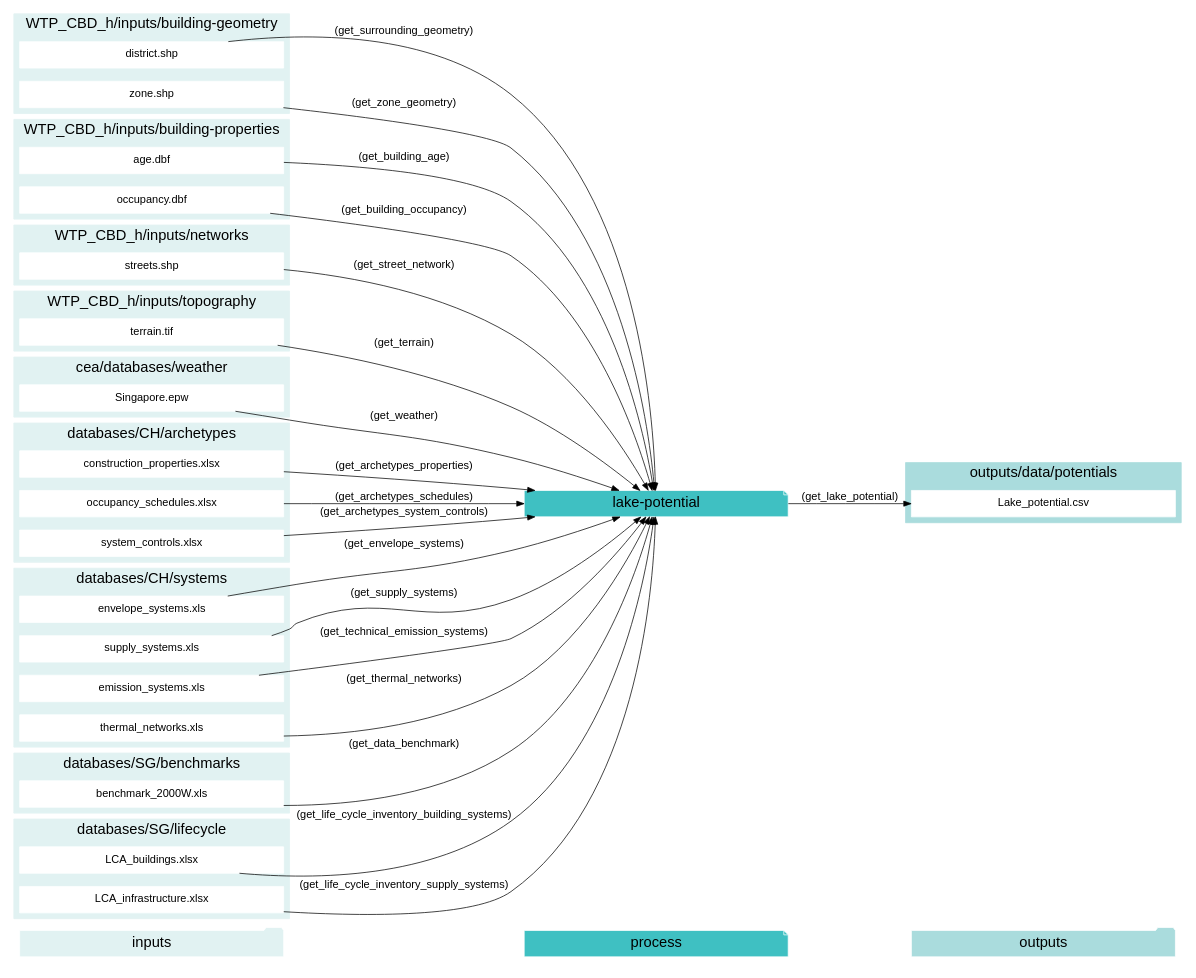
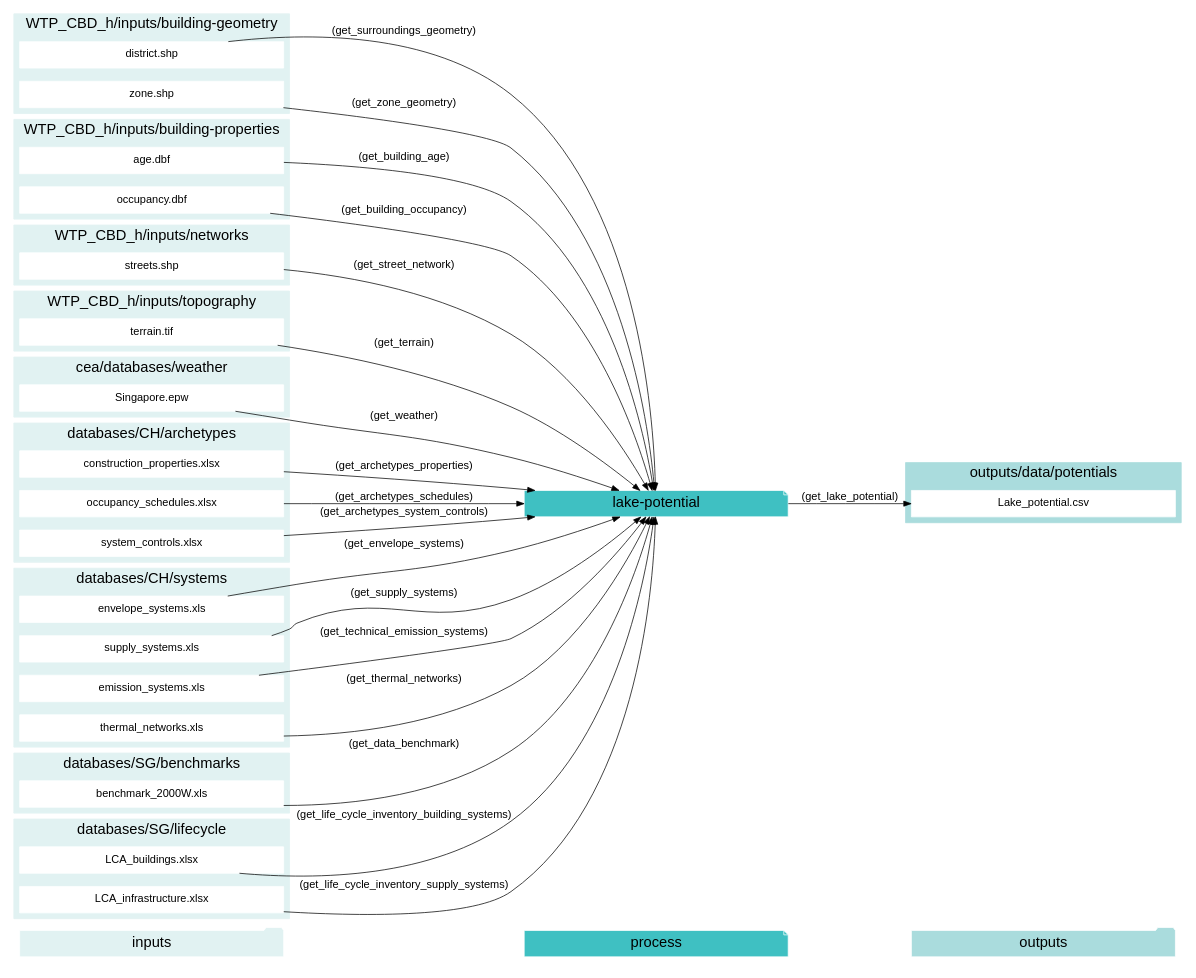
The sixth of 12 diagrams in docs/script-data-flow.rst (architecture-building-systems/CityEnergyAnalyst), drawn with Graphviz before and after one commit. The commit also changed other lines of this file and 15 other files, not shown here.

Commit message:
rename get_surrounding_geometry to get_surroungs_geometry

```diff
--- a/docs/script-data-flow.rst
+++ b/docs/script-data-flow.rst
@@ -822,7 +822,7 @@
     "age.dbf" -> "lake-potential"[label="(get_building_age)"]
     "occupancy.dbf" -> "lake-potential"[label="(get_building_occupancy)"]
     "benchmark_2000W.xls" -> "lake-potential"[label="(get_data_benchmark)"]
-    "district.shp" -> "lake-potential"[label="(get_surrounding_geometry)"]
+    "district.shp" -> "lake-potential"[label="(get_surroundings_geometry)"]
     "envelope_systems.xls" -> "lake-potential"[label="(get_envelope_systems)"]
     "LCA_buildings.xlsx" -> "lake-potential"[label="(get_life_cycle_inventory_building_systems)"]
     "LCA_infrastructure.xlsx" -> "lake-potential"[label="(get_life_cycle_inventory_supply_systems)"]
```
